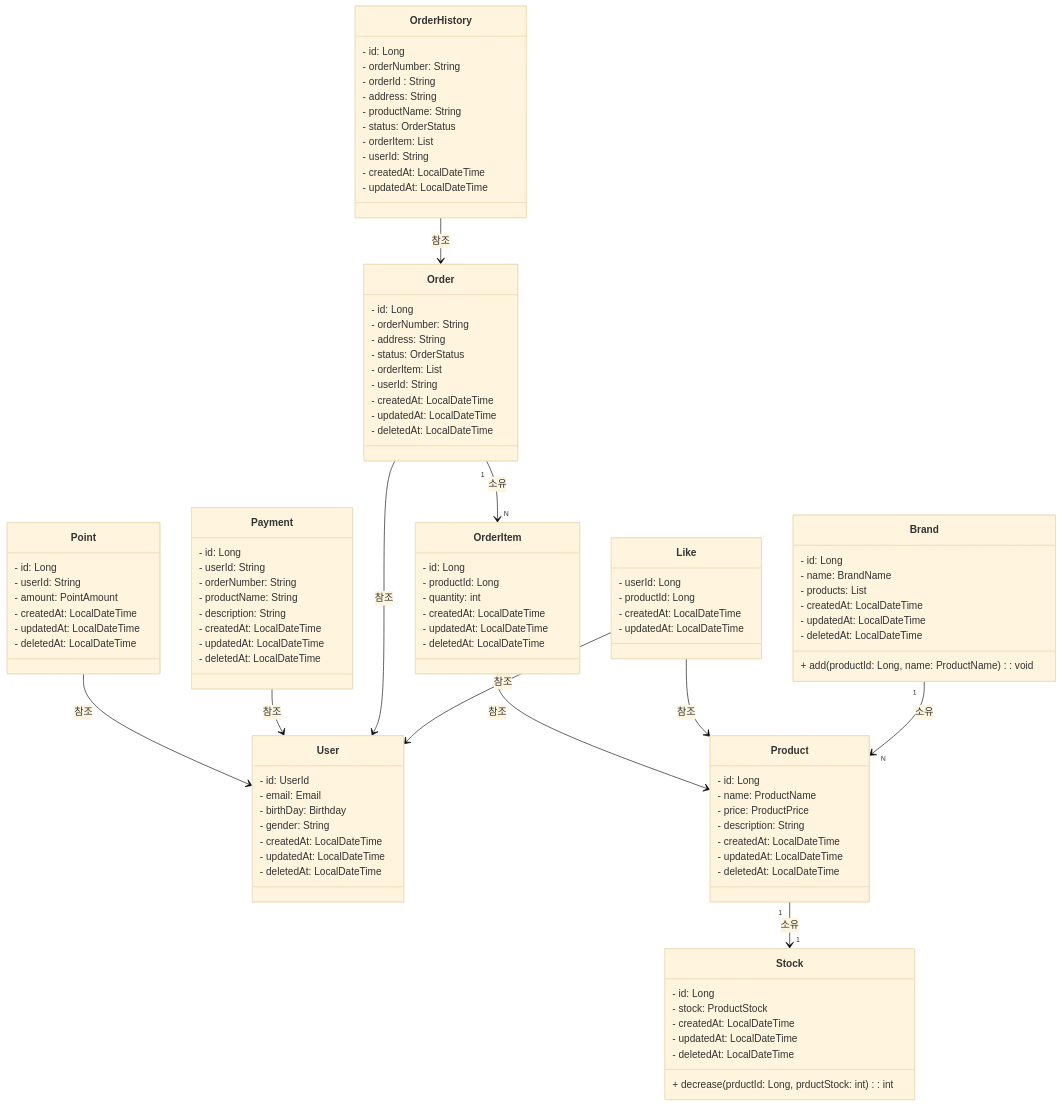
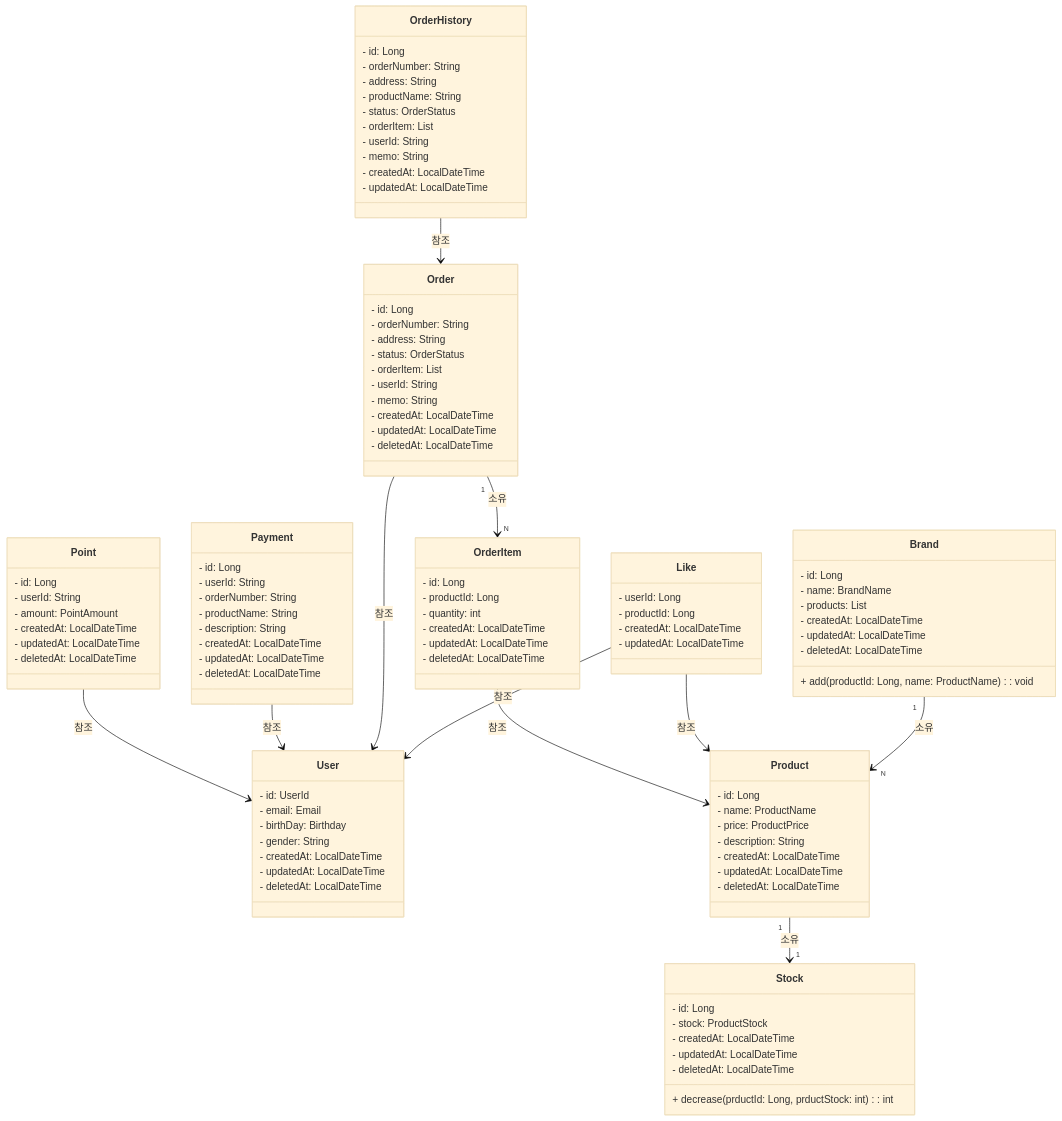
Before and after one commit to Roopers-Team-6/younghun: the diagram in apps/commerce-api/docs/desigin/03-class-diagrams.md, drawn with Mermaid (base theme).

Commit message:
doc: 클래스 다이어그램 작성- orderHistory orderId가 아님 orderNumber로 주문번호 확인, memo 추가

```diff
--- a/apps/commerce-api/docs/desigin/03-class-diagrams.md
+++ b/apps/commerce-api/docs/desigin/03-class-diagrams.md
@@ -60,6 +60,7 @@
   - status: OrderStatus
   - orderItem: List<OrderItem>
   - userId: String
+  - memo: String
 
   - createdAt: LocalDateTime
   - updatedAt: LocalDateTime
@@ -71,13 +72,13 @@
 class OrderHistory { 
   - id: Long
   - orderNumber: String
-  - orderId : String
   - address: String
   - productName: String
   - status: OrderStatus
   - orderItem: List<OrderItem>
   - userId: String
-
+  - memo: String
+  
   - createdAt: LocalDateTime
   - updatedAt: LocalDateTime  
 }
```
